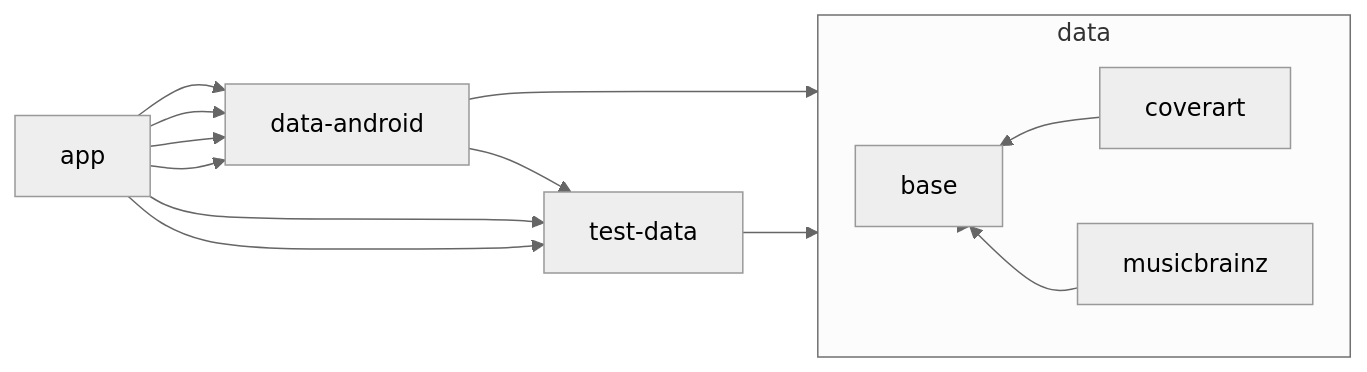
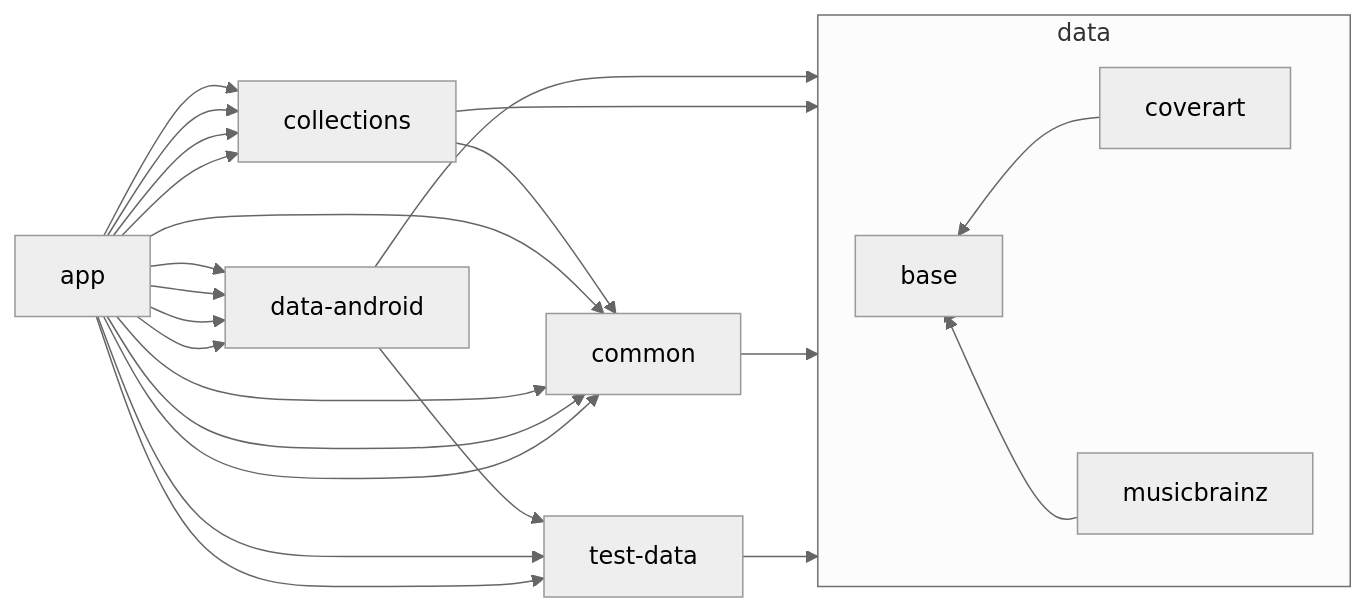
One commit to lydavid/MusicSearch changed the diagram in README.md. Above: the diagram before and after it, drawn with Mermaid.

Commit message:
chore: update module graph [skip ci]

````diff
--- a/README.md
+++ b/README.md
@@ -43,30 +43,42 @@
 ```mermaid
 %%{
   init: {
     'theme': 'neutral'
   }
 }%%
 
 graph LR
 
   subgraph data
     base
     coverart
     musicbrainz
   end
+
   musicbrainz --> base
   data --> base
   data --> coverart
   data --> musicbrainz
   data-android --> data
   data-android --> test-data
+  collections --> data
+  collections --> common
+  common --> data
   app --> test-data
   app --> data-android
+  app --> collections
+  app --> common
   app --> data-android
+  app --> collections
+  app --> common
   app --> data-android
+  app --> collections
+  app --> common
   app --> data-android
+  app --> collections
+  app --> common
   app --> test-data
   coverart --> base
   test-data --> data
 
 ```
````
